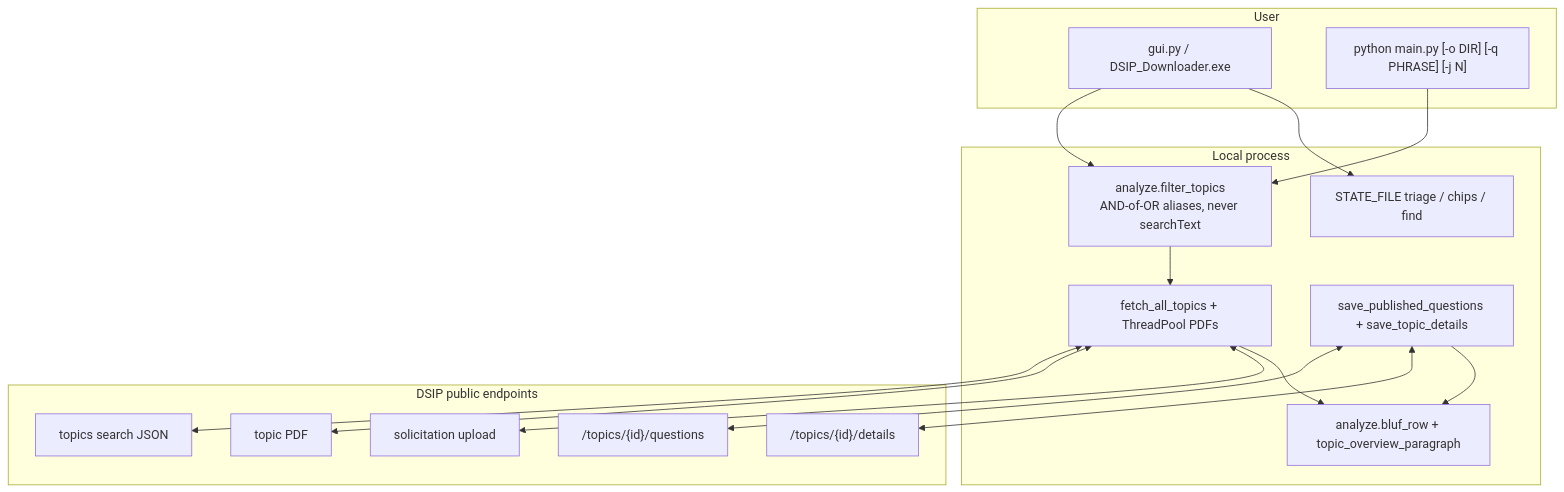
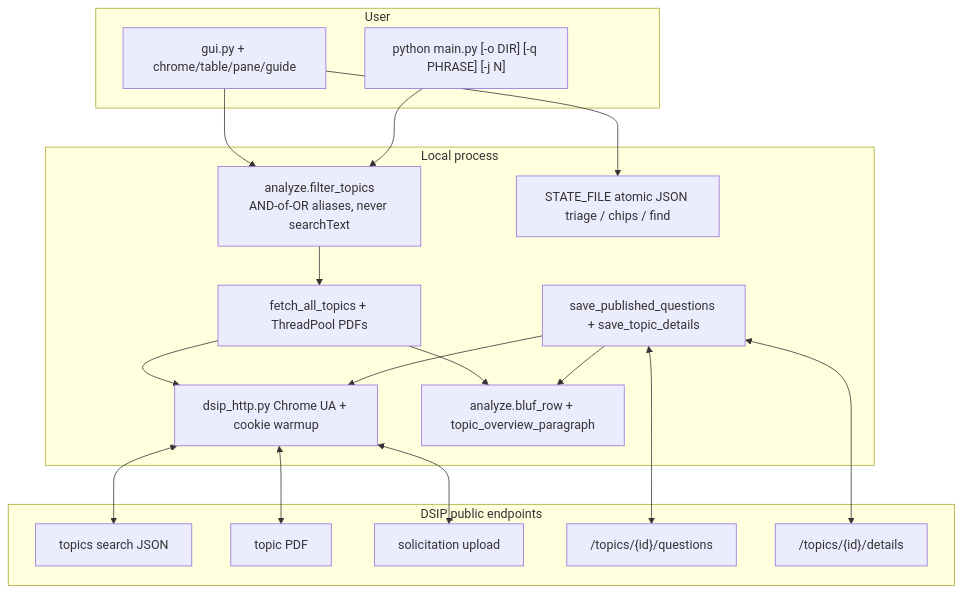
One commit to gzdor/Gov-SBIR-Opportunities-Puller-Evaluator changed the first of 3 diagrams in CURRENT_ARCHITECTURE_README.md. Above: the diagram before and after it, drawn with Mermaid. The commit also changed other lines of this file and 26 other files, not shown here.

````diff
--- a/CURRENT_ARCHITECTURE_README.md
+++ b/CURRENT_ARCHITECTURE_README.md
@@ -34,35 +34,38 @@
 ```mermaid
 flowchart TB
     subgraph user[User]
-        GUI["gui.py / DSIP_Downloader.exe"]
+        GUI["gui.py + chrome/table/pane/guide"]
         CLI["python main.py [-o DIR] [-q PHRASE] [-j N]"]
     end
 
     subgraph app[Local process]
         FILTER["analyze.filter_topics<br/>AND-of-OR aliases, never searchText"]
+        HTTP["dsip_http.py Chrome UA + cookie warmup"]
         FETCH["fetch_all_topics + ThreadPool PDFs"]
         EXTRA["save_published_questions + save_topic_details"]
         BLUF["analyze.bluf_row + topic_overview_paragraph"]
-        STATE["STATE_FILE triage / chips / find"]
+        STATE["STATE_FILE atomic JSON triage / chips / find"]
     end
 
     subgraph dsip[DSIP public endpoints]
         SEARCH["topics search JSON"]
         TPDF["topic PDF"]
         UPLOAD["solicitation upload"]
         QA["/topics/{id}/questions"]
         DET["/topics/{id}/details"]
     end
 
     GUI --> FILTER
     CLI --> FILTER
     FILTER --> FETCH
-    FETCH <--> SEARCH
-    FETCH <--> TPDF
-    FETCH <--> UPLOAD
+    FETCH --> HTTP
+    HTTP <--> SEARCH
+    HTTP <--> TPDF
+    HTTP <--> UPLOAD
+    EXTRA --> HTTP
     EXTRA <--> QA
     EXTRA <--> DET
     FETCH --> BLUF
     EXTRA --> BLUF
     GUI --> STATE
 ```
````
